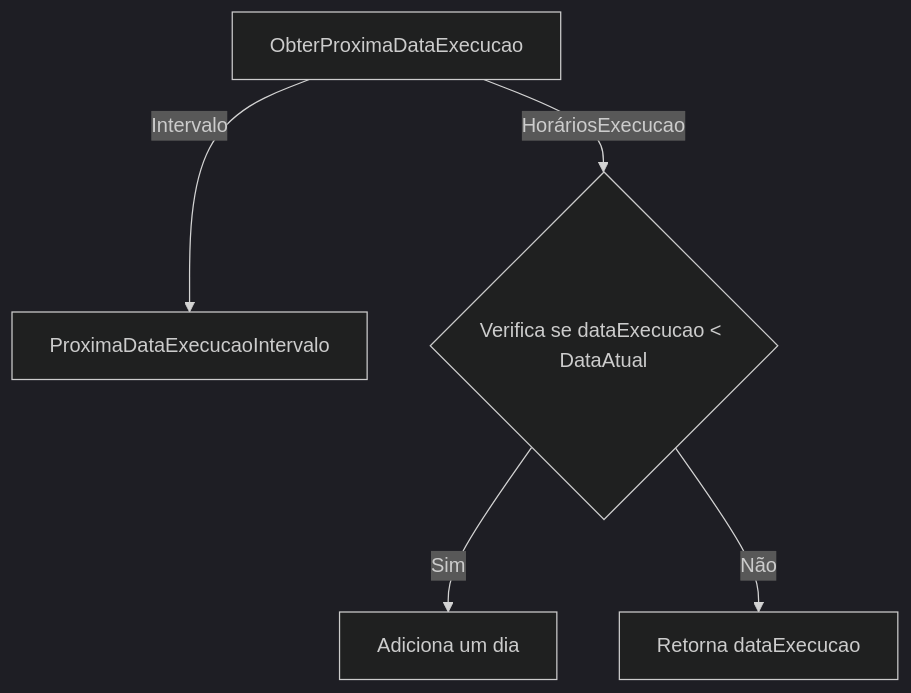
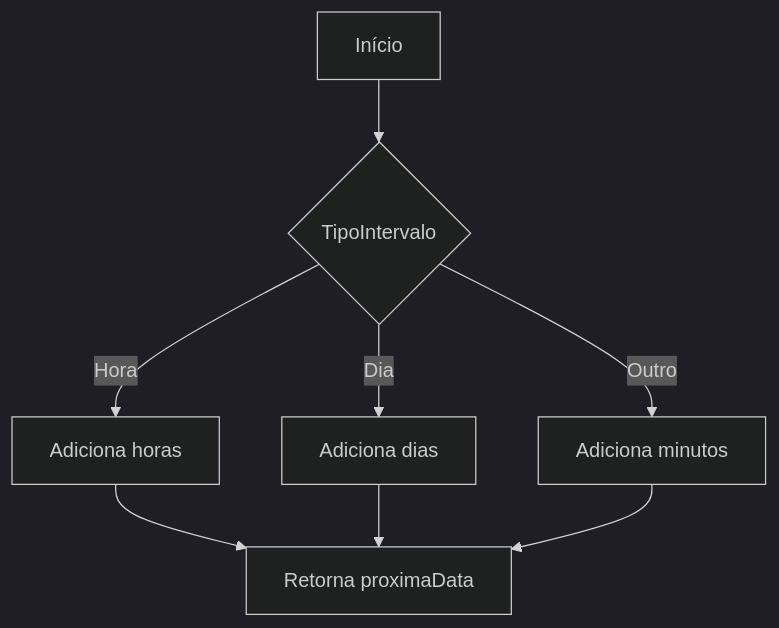
Before and after one commit to IsthmusSistemas/documentacao-tecnica: the second of 3 diagrams in docs/b2b-dominio/IsthmusWinthor.Nucleo/IsthmusWinthor.Dominio/POCO/AgendamentoLogicApp.md, drawn with Mermaid (dark theme). The commit also changed other lines of this file and 882 other files, not shown here.

````diff
--- a/docs/b2b-dominio/IsthmusWinthor.Nucleo/IsthmusWinthor.Dominio/POCO/AgendamentoLogicApp.md
+++ b/docs/b2b-dominio/IsthmusWinthor.Nucleo/IsthmusWinthor.Dominio/POCO/AgendamentoLogicApp.md
@@ -50,7 +54,10 @@
 ```mermaid
 flowchart TD
-    A[ObterProximaDataExecucao] -->|Intervalo| B[ProximaDataExecucaoIntervalo]
-    A -->|HoráriosExecucao| C{Verifica se dataExecucao < DataAtual}
-    C -->|Sim| D[Adiciona um dia]
-    C -->|Não| E[Retorna dataExecucao]
+    A[Início] --> B{TipoIntervalo}
+    B -- Hora --> C[Adiciona horas]
+    B -- Dia --> D[Adiciona dias]
+    B -- Outro --> E[Adiciona minutos]
+    C --> F[Retorna proximaData]
+    D --> F
+    E --> F
 ```
````
